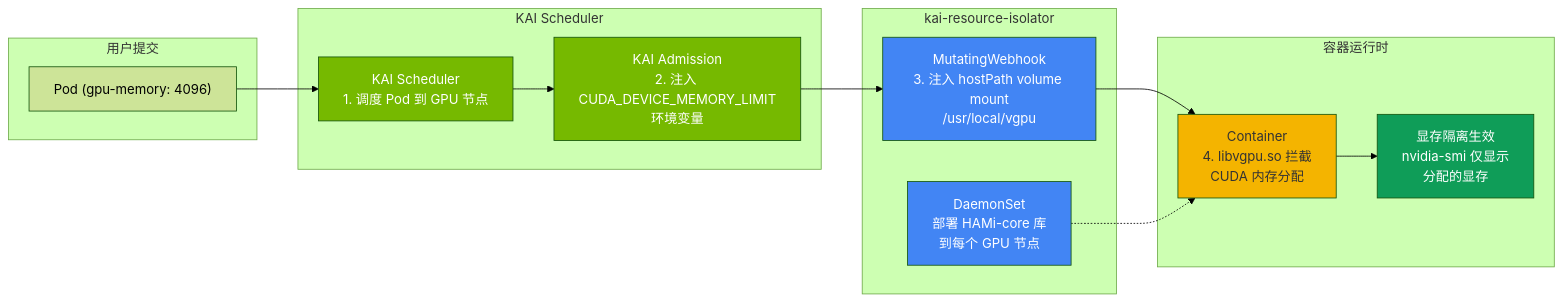
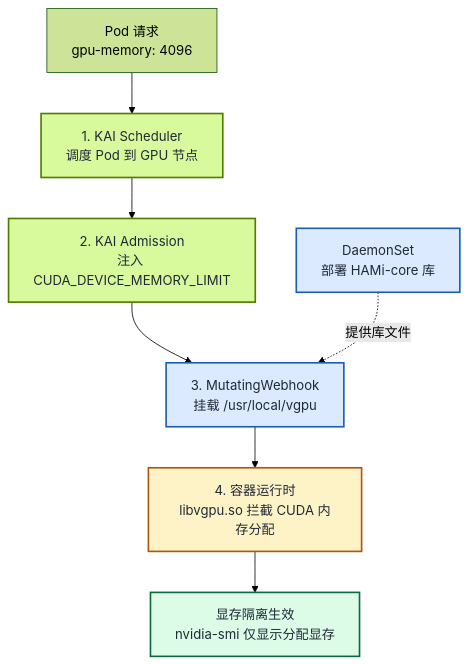
The first of 3 diagrams in i18n/zh/docusaurus-plugin-content-blog/hami-core-adopted-by-nvidia-kai-scheduler/index.md (Project-HAMi/website), drawn with Mermaid (forest theme) before and after one commit. The commit also changed other lines of this file and 1 other file, not shown here.

Commit message:
fix: update mermaid diagrams for clarity and consistency in KAI Scheduler integration

````diff
--- a/i18n/zh/docusaurus-plugin-content-blog/hami-core-adopted-by-nvidia-kai-scheduler/index.md
+++ b/i18n/zh/docusaurus-plugin-content-blog/hami-core-adopted-by-nvidia-kai-scheduler/index.md
@@ -56,32 +56,21 @@
 ```mermaid
 %% title: HAMi + KAI Scheduler 集成流程
-graph LR
-    subgraph 用户提交
-        POD["Pod (gpu-memory: 4096)"]
-    end
-
-    subgraph KAI Scheduler
-        SCHED["KAI Scheduler<br/>1. 调度 Pod 到 GPU 节点"]
-        INJECT["KAI Admission<br/>2. 注入 CUDA_DEVICE_MEMORY_LIMIT<br/>环境变量"]
-    end
-
-    subgraph kai-resource-isolator
-        WEBHOOK["MutatingWebhook<br/>3. 注入 hostPath volume mount<br/>/usr/local/vgpu"]
-        DAEMON["DaemonSet<br/>部署 HAMi-core 库<br/>到每个 GPU 节点"]
-    end
-
-    subgraph 容器运行时
-        CONTAINER["Container<br/>4. libvgpu.so 拦截<br/>CUDA 内存分配"]
-        ENFORCE["显存隔离生效<br/>nvidia-smi 仅显示<br/>分配的显存"]
-    end
+graph TD
+    POD["Pod 请求<br/>gpu-memory: 4096"]
+    SCHED["1. KAI Scheduler<br/>调度 Pod 到 GPU 节点"]
+    INJECT["2. KAI Admission<br/>注入 CUDA_DEVICE_MEMORY_LIMIT"]
+    WEBHOOK["3. MutatingWebhook<br/>挂载 /usr/local/vgpu"]
+    DAEMON["DaemonSet<br/>部署 HAMi-core 库"]
+    CONTAINER["4. 容器运行时<br/>libvgpu.so 拦截 CUDA 内存分配"]
+    ENFORCE["显存隔离生效<br/>nvidia-smi 仅显示分配显存"]
 
     POD --> SCHED --> INJECT --> WEBHOOK --> CONTAINER --> ENFORCE
-    DAEMON -.-> CONTAINER
+    DAEMON -. 提供库文件 .-> WEBHOOK
 
-    style SCHED fill:#76b900,color:#fff
-    style INJECT fill:#76b900,color:#fff
-    style WEBHOOK fill:#4285f4,color:#fff
-    style DAEMON fill:#4285f4,color:#fff
-    style CONTAINER fill:#f4b400,color:#333
-    style ENFORCE fill:#0f9d58,color:#fff
+    style SCHED fill:#d9f99d,stroke:#4f7d00,stroke-width:2px,color:#1f2937
+    style INJECT fill:#d9f99d,stroke:#4f7d00,stroke-width:2px,color:#1f2937
+    style WEBHOOK fill:#dbeafe,stroke:#1a5fb4,stroke-width:2px,color:#1f2937
+    style DAEMON fill:#dbeafe,stroke:#1a5fb4,stroke-width:2px,color:#1f2937
+    style CONTAINER fill:#fef3c7,stroke:#b45309,stroke-width:2px,color:#1f2937
+    style ENFORCE fill:#dcfce7,stroke:#0b6b3c,stroke-width:2px,color:#1f2937
 ```
````
